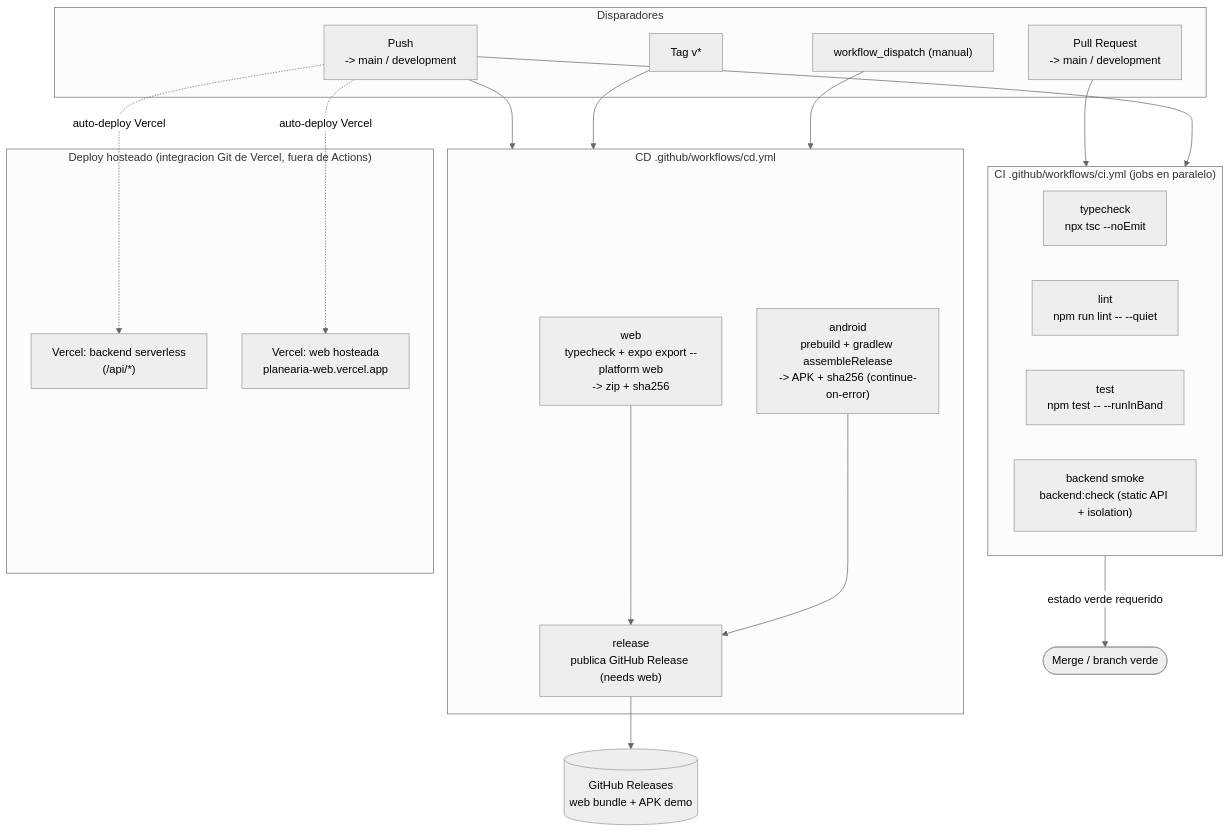
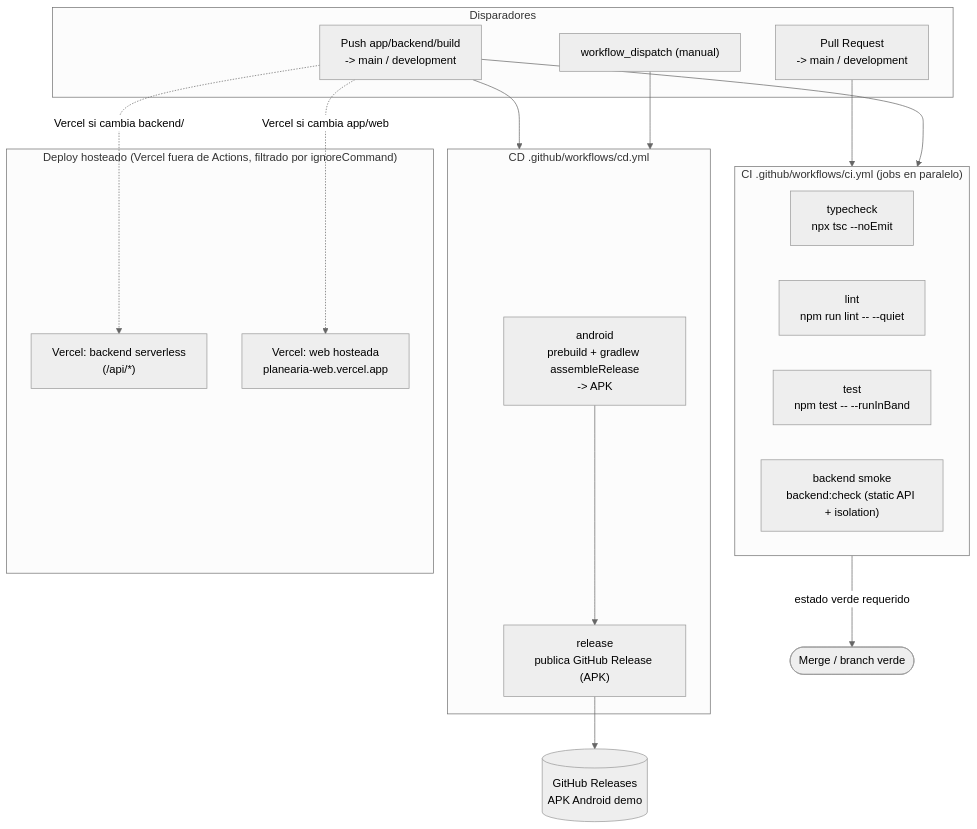
One commit to RitualBoat/PlanearIA changed the fourth of 6 diagrams in Documentacion/06-diagramas/README.md. Above: the diagram before and after it, drawn with Mermaid (neutral theme). The commit also changed other lines of this file and 25 other files, not shown here.

````diff
--- a/Documentacion/06-diagramas/README.md
+++ b/Documentacion/06-diagramas/README.md
@@ -221,41 +223,37 @@
 ```mermaid
 flowchart TB
     subgraph triggers["Disparadores"]
         pr["Pull Request<br/>-> main / development"]
-        push["Push<br/>-> main / development"]
-        tag["Tag v*"]
+        push["Push app/backend/build<br/>-> main / development"]
         manual["workflow_dispatch (manual)"]
     end
 
     subgraph ci["CI .github/workflows/ci.yml (jobs en paralelo)"]
         tc["typecheck<br/>npx tsc --noEmit"]
         lint["lint<br/>npm run lint -- --quiet"]
         test["test<br/>npm test -- --runInBand"]
         smoke["backend smoke<br/>backend:check (static API + isolation)"]
     end
 
     subgraph cd["CD .github/workflows/cd.yml"]
-        webjob["web<br/>typecheck + expo export --platform web<br/>-> zip + sha256"]
-        androidjob["android<br/>prebuild + gradlew assembleRelease<br/>-> APK + sha256 (continue-on-error)"]
-        release["release<br/>publica GitHub Release (needs web)"]
-        webjob --> release
+        androidjob["android<br/>prebuild + gradlew assembleRelease<br/>-> APK"]
+        release["release<br/>publica GitHub Release (APK)"]
         androidjob --> release
     end
 
     pr --> ci
     push --> ci
     push --> cd
-    tag --> cd
     manual --> cd
 
     ci -->|"estado verde requerido"| mergeok(["Merge / branch verde"])
-    release --> ghrel[("GitHub Releases<br/>web bundle + APK demo")]
+    release --> ghrel[("GitHub Releases<br/>APK Android demo")]
 
-    subgraph deploy["Deploy hosteado (integracion Git de Vercel, fuera de Actions)"]
+    subgraph deploy["Deploy hosteado (Vercel fuera de Actions, filtrado por ignoreCommand)"]
         vercelbe["Vercel: backend serverless<br/>(/api/*)"]
         vercelweb["Vercel: web hosteada<br/>planearia-web.vercel.app"]
     end
 
-    push -.->|"auto-deploy Vercel"| vercelbe
-    push -.->|"auto-deploy Vercel"| vercelweb
+    push -.->|"Vercel si cambia backend/"| vercelbe
+    push -.->|"Vercel si cambia app/web"| vercelweb
 ```
````
